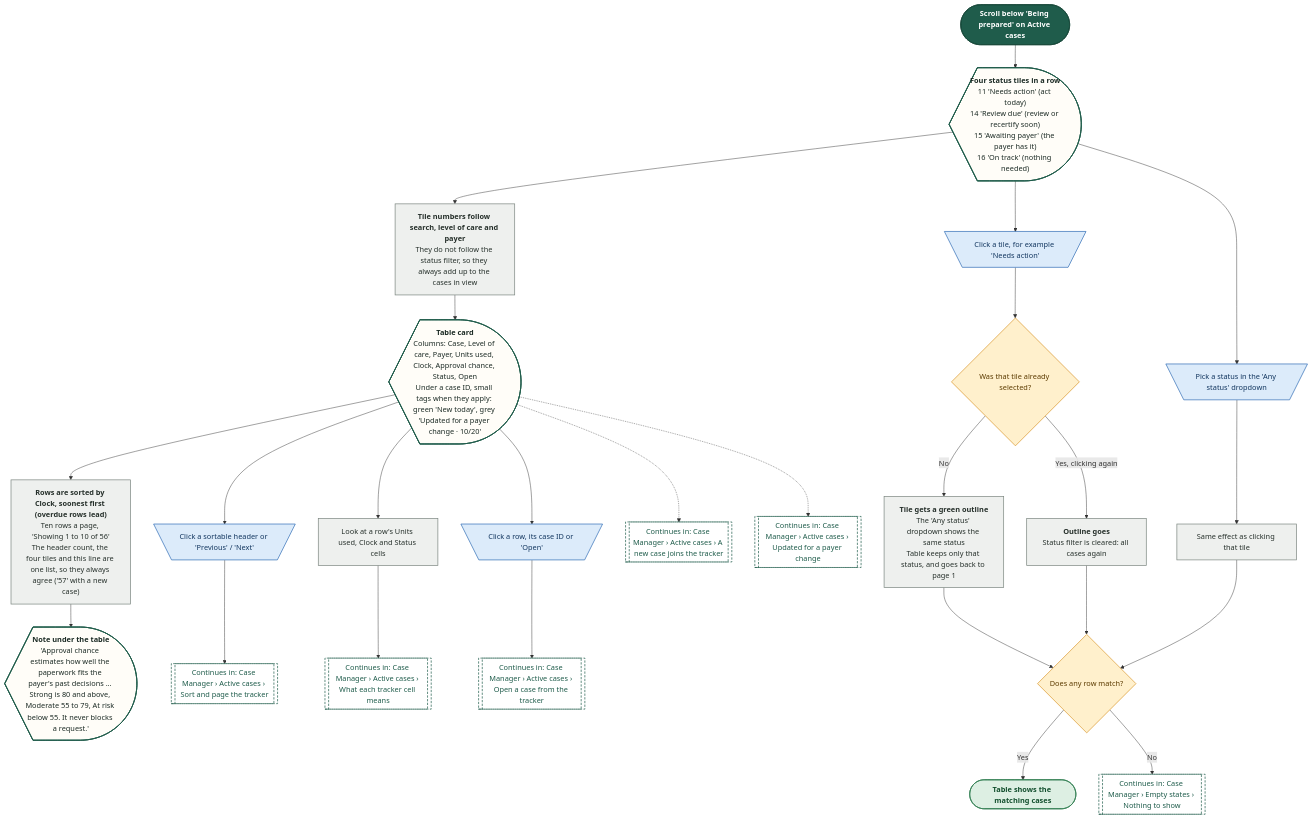
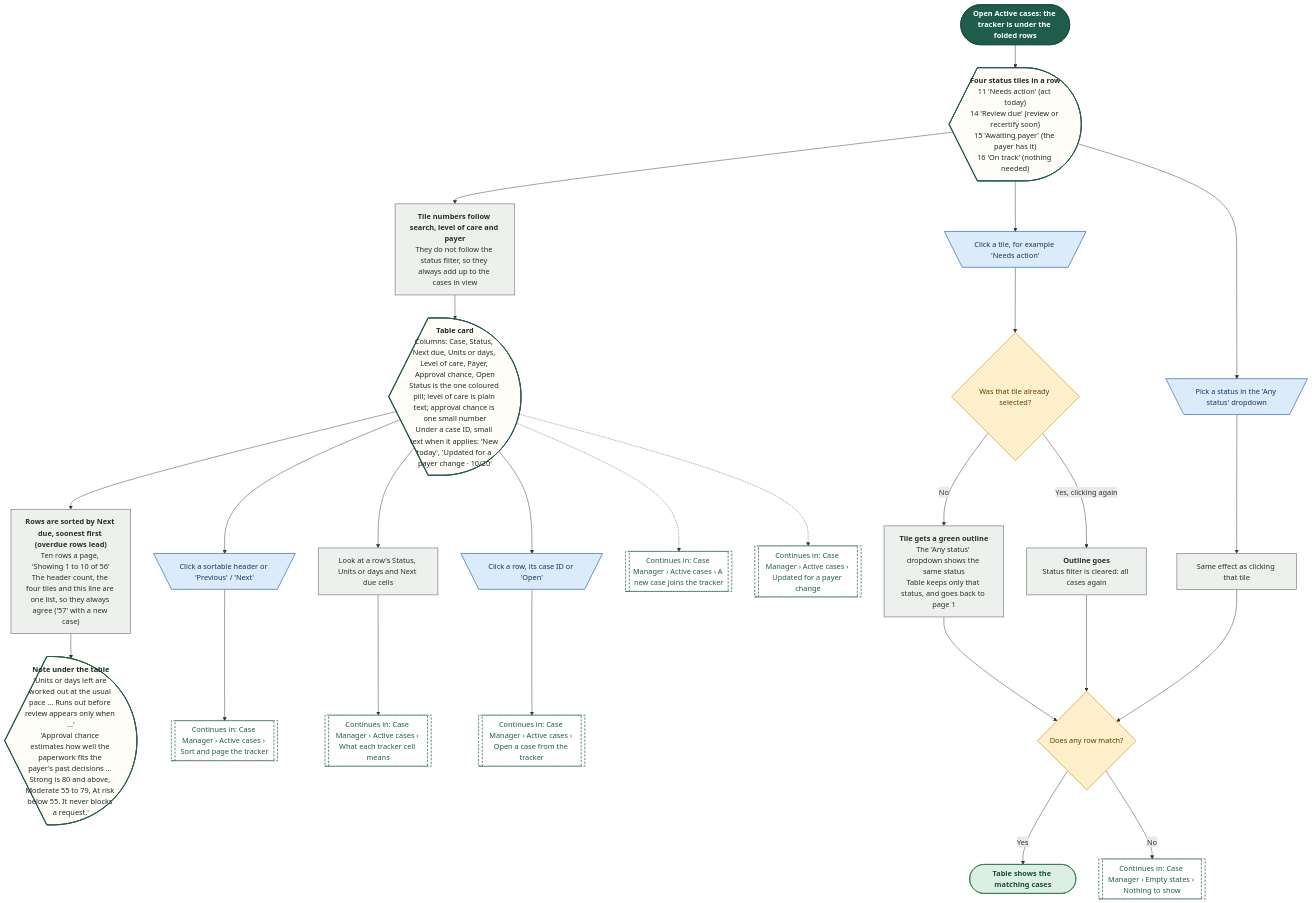
The eighth of 22 diagrams in demos/prior-auth-demo/workflows/out/md/07-case-manager.md (Shrav143/psyfloapp), drawn with Mermaid before and after one commit. The commit also changed other lines of this file and 192 other files, not shown here.

First line of the commit message:
docs: changelog by sidebar tab; README, diagrams and Settings layout aligned with the refinement; shared InfoTip; referral cost-share line

````diff
--- a/demos/prior-auth-demo/workflows/out/md/07-case-manager.md
+++ b/demos/prior-auth-demo/workflows/out/md/07-case-manager.md
@@ -515,65 +527,65 @@
 ```mermaid
 %%{init: {"theme":"base","themeVariables":{"fontFamily":"'DM Sans', 'Segoe UI', system-ui, sans-serif","fontSize":"15px","lineColor":"#5B6B63","primaryTextColor":"#1C2B25","clusterBkg":"#FBF8F3","clusterBorder":"#D9CDBB","edgeLabelBackground":"#FFFFFF"},"flowchart":{"curve":"basis","nodeSpacing":36,"rankSpacing":48,"padding":12,"htmlLabels":true,"useMaxWidth":false,"wrappingWidth":230}} }%%
 flowchart TD
   classDef k_start fill:#1F5C4B,stroke:#174638,color:#FFFFFF,stroke-width:1.5px,font-weight:600
   classDef k_end fill:#DDEFE3,stroke:#2E7D4F,color:#14502F,stroke-width:1.5px,font-weight:600
   classDef k_endx fill:#FBE3E0,stroke:#C0392B,color:#7A1F16,stroke-width:1.5px,font-weight:600
   classDef k_screen fill:#FFFDF8,stroke:#1F5C4B,color:#1C2B25,stroke-width:2px
   classDef k_overlay fill:#F1F7F3,stroke:#1F5C4B,color:#1C2B25,stroke-width:2px,stroke-dasharray:5 3
   classDef k_click fill:#DCEBFA,stroke:#2F6DB5,color:#12365F,stroke-width:1.5px
   classDef k_input fill:#E4E7FF,stroke:#4C5FD5,color:#1D2670,stroke-width:1.5px
   classDef k_process fill:#EEF0EE,stroke:#7A857F,color:#26302B,stroke-width:1.5px
   classDef k_agent fill:#EEE5FA,stroke:#7A4FC2,color:#341A63,stroke-width:1.5px
   classDef k_decision fill:#FFF0CC,stroke:#D9962B,color:#5C3B00,stroke-width:1.5px
   classDef k_store fill:#D5F0EA,stroke:#1C8E7B,color:#0B4A3F,stroke-width:1.5px
   classDef k_doc fill:#F6E9DC,stroke:#B07A4C,color:#4A2E14,stroke-width:1.5px
   classDef k_ext fill:#FFE6D2,stroke:#E07B39,color:#6B2F06,stroke-width:1.5px
   classDef k_wait fill:#E4E8EE,stroke:#6B7C93,color:#26303D,stroke-width:1.5px
   classDef k_toast fill:#FFF9DB,stroke:#C9A400,color:#5A4A00,stroke-width:1.5px
   classDef k_goto fill:#FFFFFF,stroke:#1F5C4B,color:#1F5C4B,stroke-width:1.5px,stroke-dasharray:5 3
-  s1@{ shape: stadium, label: "Scroll below 'Being prepared' on Active cases" }
+  s1@{ shape: stadium, label: "Open Active cases: the tracker is under the folded rows" }
   t0@{ shape: curv-trap, label: "<b>Four status tiles in a row</b><br/>11 'Needs action' (act today)<br/>14 'Review due' (review or recertify soon)<br/>15 'Awaiting payer' (the payer has it)<br/>16 'On track' (nothing needed)" }
   p0@{ shape: rect, label: "<b>Tile numbers follow search, level of care and payer</b><br/>They do not follow the status filter, so they always add up to the cases in view" }
-  t1@{ shape: curv-trap, label: "<b>Table card</b><br/>Columns: Case, Level of care, Payer, Units used, Clock, Approval chance, Status, Open<br/>Under a case ID, small tags when they apply: green 'New today', grey 'Updated for a payer change · 10/20'" }
-  p1@{ shape: rect, label: "<b>Rows are sorted by Clock, soonest first (overdue rows lead)</b><br/>Ten rows a page, 'Showing 1 to 10 of 56'<br/>The header count, the four tiles and this line are one list, so they always agree ('57' with a new case)" }
-  t2@{ shape: curv-trap, label: "<b>Note under the table</b><br/>'Approval chance estimates how well the paperwork fits the payer's past decisions ... Strong is 80 and above, Moderate 55 to 79, At risk below 55. It never blocks a request.'" }
+  t1@{ shape: curv-trap, label: "<b>Table card</b><br/>Columns: Case, Status, Next due, Units or days, Level of care, Payer, Approval chance, Open<br/>Status is the one coloured pill; level of care is plain text; approval chance is one small number<br/>Under a case ID, small text when it applies: 'New today', 'Updated for a payer change · 10/20'" }
+  p1@{ shape: rect, label: "<b>Rows are sorted by Next due, soonest first (overdue rows lead)</b><br/>Ten rows a page, 'Showing 1 to 10 of 56'<br/>The header count, the four tiles and this line are one list, so they always agree ('57' with a new case)" }
+  t2@{ shape: curv-trap, label: "<b>Note under the table</b><br/>'Units or days left are worked out at the usual pace ... Runs out before review appears only when ...'<br/>'Approval chance estimates how well the paperwork fits the payer's past decisions ... Strong is 80 and above, Moderate 55 to 79, At risk below 55. It never blocks a request.'" }
   c1@{ shape: trap-t, label: "Click a tile, for example 'Needs action'" }
   d1@{ shape: diam, label: "Was that tile already selected?" }
   p2@{ shape: rect, label: "<b>Tile gets a green outline</b><br/>The 'Any status' dropdown shows the same status<br/>Table keeps only that status, and goes back to page 1" }
   p3@{ shape: rect, label: "<b>Outline goes</b><br/>Status filter is cleared: all cases again" }
   c2@{ shape: trap-t, label: "Pick a status in the 'Any status' dropdown" }
   p4@{ shape: rect, label: "Same effect as clicking that tile" }
   c3@{ shape: trap-t, label: "Click a sortable header or 'Previous' / 'Next'" }
   g1@{ shape: subproc, label: "Continues in: Case Manager › Active cases › Sort and page the tracker" }
-  c4@{ shape: rect, label: "Look at a row's Units used, Clock and Status cells" }
+  c4@{ shape: rect, label: "Look at a row's Status, Units or days and Next due cells" }
   g2@{ shape: subproc, label: "Continues in: Case Manager › Active cases › What each tracker cell means" }
   c5@{ shape: trap-t, label: "Click a row, its case ID or 'Open'" }
   g3@{ shape: subproc, label: "Continues in: Case Manager › Active cases › Open a case from the tracker" }
   d2@{ shape: diam, label: "Does any row match?" }
   g4@{ shape: subproc, label: "Continues in: Case Manager › Empty states › Nothing to show" }
   g5@{ shape: subproc, label: "Continues in: Case Manager › Active cases › A new case joins the tracker" }
   g6@{ shape: subproc, label: "Continues in: Case Manager › Active cases › Updated for a payer change" }
   e1@{ shape: stadium, label: "Table shows the matching cases" }
   s1 --> t0 --> p0 --> t1 --> p1 --> t2
   t0 --> c1 --> d1
   d1 -->|"No"| p2
   d1 -->|"Yes, clicking again"| p3
   t0 --> c2 --> p4
   p2 --> d2
   p3 --> d2
   p4 --> d2
   d2 -->|"Yes"| e1
   d2 -->|"No"| g4
   t1 --> c3 --> g1
   t1 --> c4 --> g2
   t1 --> c5 --> g3
   t1 -.-> g5
   t1 -.-> g6
   class s1 k_start
   class t0,t1,t2 k_screen
   class p0,p1,p2,p3,p4,c4 k_process
   class c1,c2,c3,c5 k_click
   class d1,d2 k_decision
   class g1,g2,g3,g4,g5,g6 k_goto
   class e1 k_end
 ```
````
